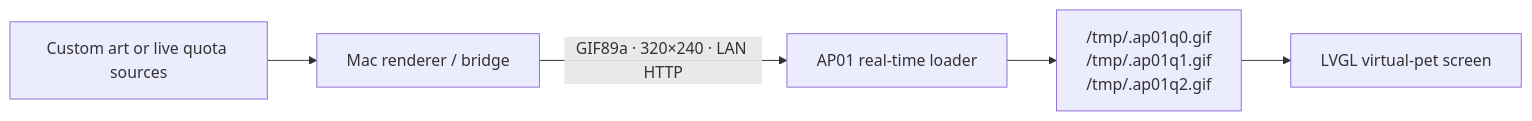
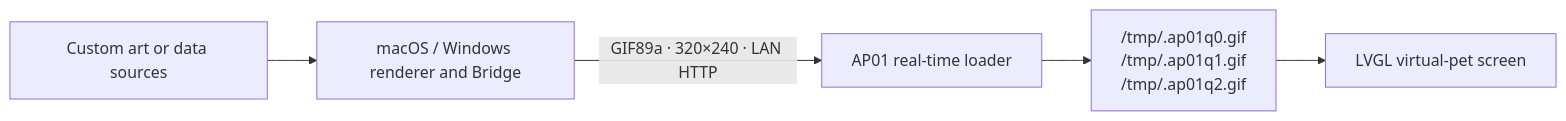
One commit to andy-JustSayWhen/cuktech-screen-controller changed the diagram in README.md. Above: the diagram before and after it, drawn with Mermaid. The commit also changed other lines of this file and 29 other files, not shown here.

````diff
--- a/README.md
+++ b/README.md
@@ -169,7 +195,7 @@
 ```mermaid
 flowchart LR
-  A["Custom art or live quota sources"] --> B["Mac renderer / bridge"]
+  A["Custom art or data sources"] --> B["macOS / Windows renderer and Bridge"]
   B -->|"GIF89a · 320×240 · LAN HTTP"| C["AP01 real-time loader"]
   C --> D["/tmp/.ap01q0.gif\n/tmp/.ap01q1.gif\n/tmp/.ap01q2.gif"]
   D --> E["LVGL virtual-pet screen"]
 ```
````
